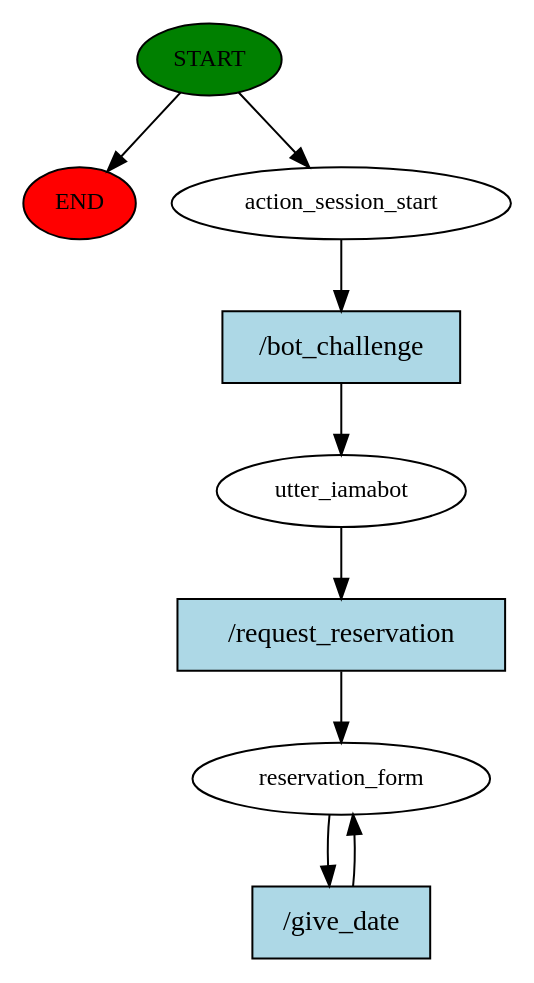
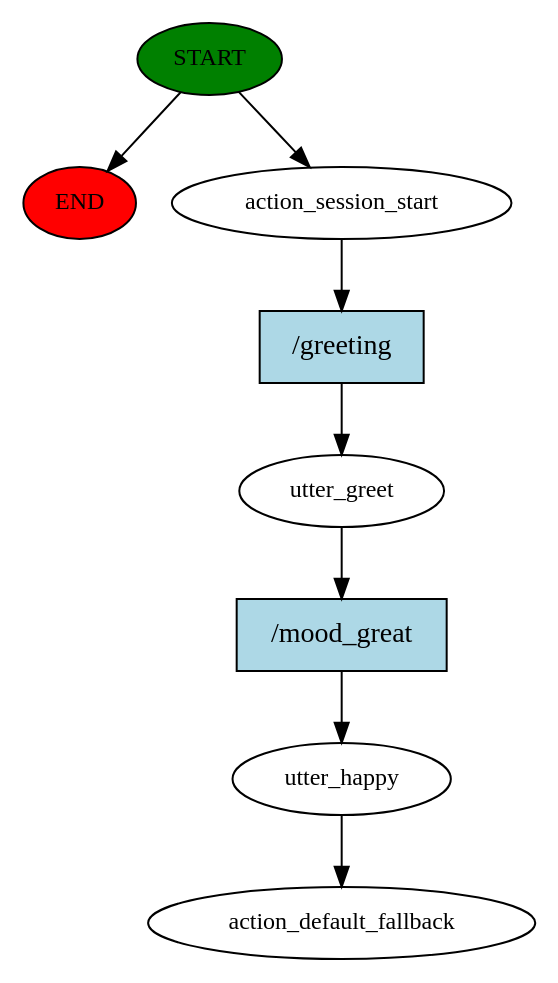
The diagram in story_graph.dot (flx3ntrup/kpis_project), drawn with Graphviz before and after one commit. The commit also changed 35 other files, not shown here.

```diff
--- a/story_graph.dot
+++ b/story_graph.dot
@@ -1,18 +1,17 @@
 digraph  {
 0 [class="start active", fillcolor=green, fontsize=12, label=START, style=filled];
 "-1" [class=end, fillcolor=red, fontsize=12, label=END, style=filled];
 1 [class=active, fontsize=12, label=action_session_start];
-2 [class=active, fontsize=12, label=utter_iamabot];
-3 [class="active dashed", fontsize=12, label=reservation_form];
-5 [class="intent active", fillcolor=lightblue, label="/bot_challenge", shape=rect, style=filled];
-6 [class="intent active", fillcolor=lightblue, label="/request_reservation", shape=rect, style=filled];
-7 [class="intent active", fillcolor=lightblue, label="/give_date", shape=rect, style=filled];
+2 [class=active, fontsize=12, label=utter_greet];
+3 [class=active, fontsize=12, label=utter_happy];
+4 [class="dashed active", fontsize=12, label=action_default_fallback];
+5 [class="intent active", fillcolor=lightblue, label="/greeting", shape=rect, style=filled];
+6 [class="intent active", fillcolor=lightblue, label="/mood_great", shape=rect, style=filled];
 0 -> "-1"  [class="", key=NONE, label=""];
 0 -> 1  [class=active, key=NONE, label=""];
 1 -> 5  [class=active, key=0];
 2 -> 6  [class=active, key=0];
-3 -> 7  [class=active, key=0];
+3 -> 4  [class=active, key=NONE, label=""];
 5 -> 2  [class=active, key=0];
 6 -> 3  [class=active, key=0];
-7 -> 3  [class=active, key=0];
 }
```
